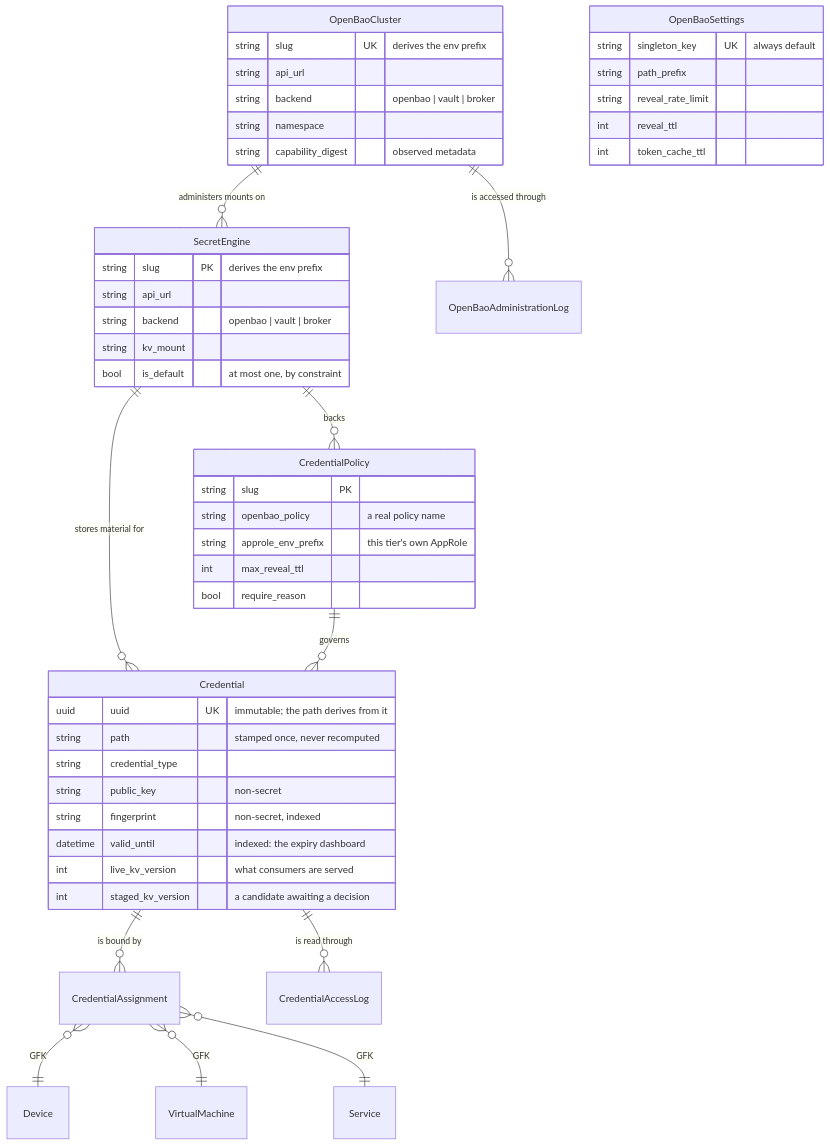
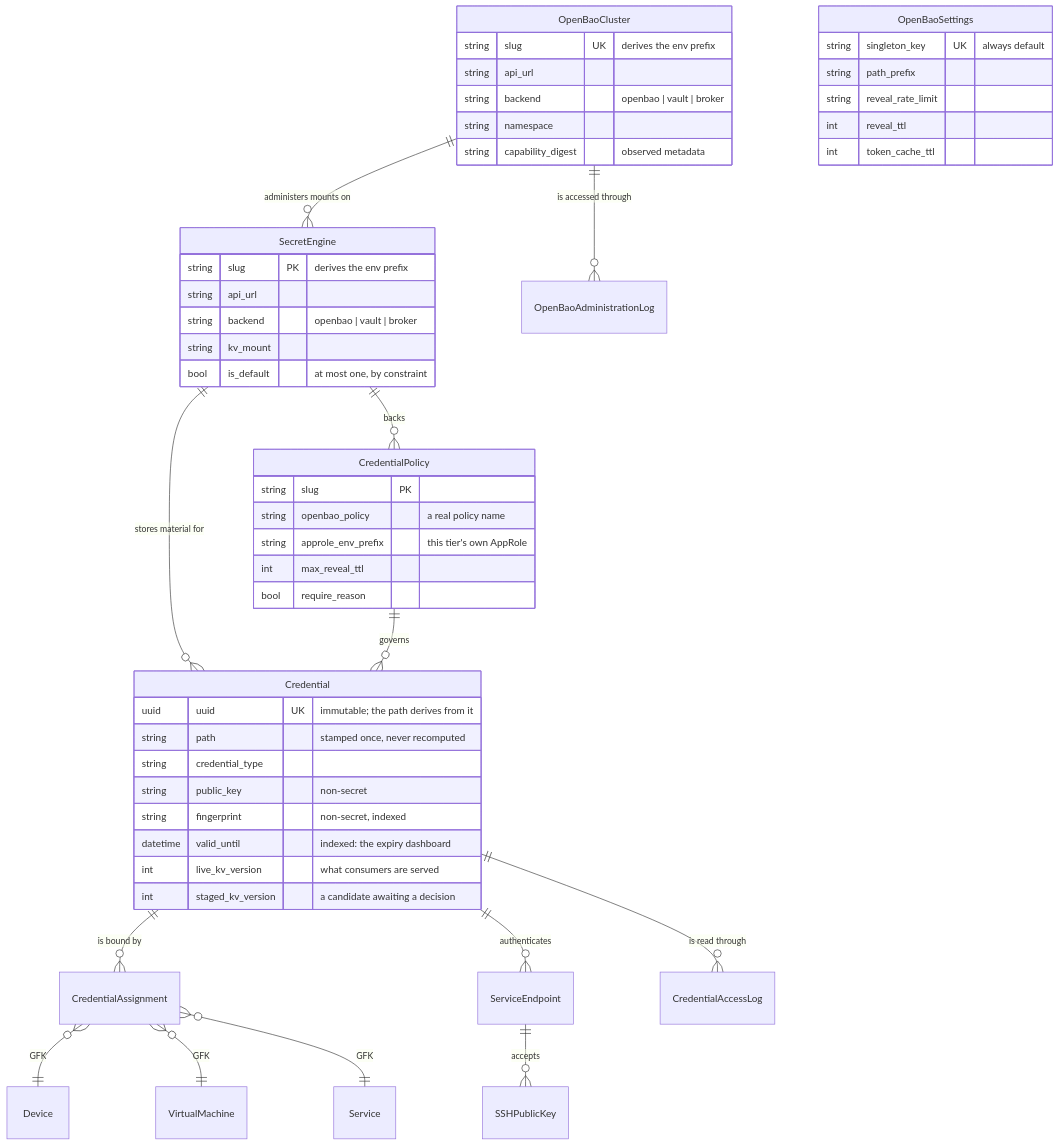
Before and after one commit to emersonfelipesp/netbox-openbao: the diagram in docs/architecture/data-model.md, drawn with Mermaid. The commit also changed other lines of this file and 53 other files, not shown here.

````diff
--- a/docs/architecture/data-model.md
+++ b/docs/architecture/data-model.md
@@ -6,54 +6,56 @@
 ```mermaid
 erDiagram
     OpenBaoCluster ||--o{ SecretEngine : "administers mounts on"
     OpenBaoCluster ||--o{ OpenBaoAdministrationLog : "is accessed through"
     SecretEngine ||--o{ CredentialPolicy : "backs"
     SecretEngine ||--o{ Credential : "stores material for"
     CredentialPolicy ||--o{ Credential : "governs"
     Credential ||--o{ CredentialAssignment : "is bound by"
+    Credential ||--o{ ServiceEndpoint : "authenticates"
+    ServiceEndpoint ||--o{ SSHPublicKey : "accepts"
     Credential ||--o{ CredentialAccessLog : "is read through"
     CredentialAssignment }o--|| Device : "GFK"
     CredentialAssignment }o--|| VirtualMachine : "GFK"
     CredentialAssignment }o--|| Service : "GFK"
 
     OpenBaoSettings {
         string singleton_key UK "always default"
         string path_prefix
         string reveal_rate_limit
         int reveal_ttl
         int token_cache_ttl
     }
 
     OpenBaoCluster {
         string slug UK "derives the env prefix"
         string api_url
         string backend "openbao | vault | broker"
         string namespace
         string capability_digest "observed metadata"
     }
 
     SecretEngine {
         string slug PK "derives the env prefix"
         string api_url
         string backend "openbao | vault | broker"
         string kv_mount
         bool is_default "at most one, by constraint"
     }
     CredentialPolicy {
         string slug PK
         string openbao_policy "a real policy name"
         string approle_env_prefix "this tier's own AppRole"
         int max_reveal_ttl
         bool require_reason
     }
     Credential {
         uuid uuid UK "immutable; the path derives from it"
         string path "stamped once, never recomputed"
         string credential_type
         string public_key "non-secret"
         string fingerprint "non-secret, indexed"
         datetime valid_until "indexed: the expiry dashboard"
         int live_kv_version "what consumers are served"
         int staged_kv_version "a candidate awaiting a decision"
     }
 ```
````
